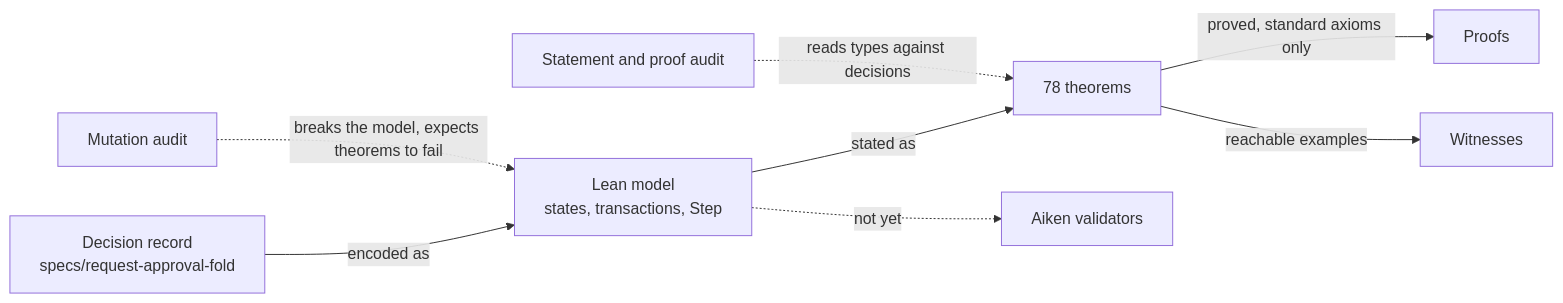
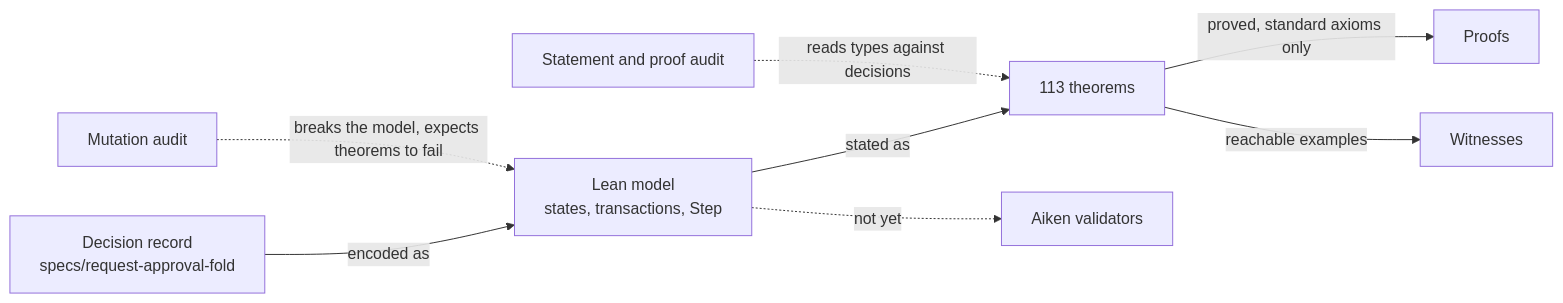
Before and after one commit to cardano-foundation/cardano-mpfs-onchain: the first of 3 diagrams in docs/design/registries/formal-model.md, drawn with Mermaid. The commit also changed other lines of this file and 2 other files, not shown here.

Commit message:
docs: formal model page for rules, request tokens and oracle conditions

````diff
--- a/docs/design/registries/formal-model.md
+++ b/docs/design/registries/formal-model.md
@@ -17,10 +17,10 @@
 ```mermaid
 flowchart LR
   decisions["Decision record<br/>specs/request-approval-fold"] -- "encoded as" --> model["Lean model<br/>states, transactions, Step"]
-  model -- "stated as" --> theorems["78 theorems"]
+  model -- "stated as" --> theorems["113 theorems"]
   theorems -- "proved, standard axioms only" --> proofs["Proofs"]
   theorems -- "reachable examples" --> witnesses["Witnesses"]
   audit1["Statement and proof audit"] -. "reads types against decisions" .-> theorems
   audit2["Mutation audit"] -. "breaks the model, expects theorems to fail" .-> model
   model -. "not yet" .-> validators["Aiken validators"]
 ```
````
